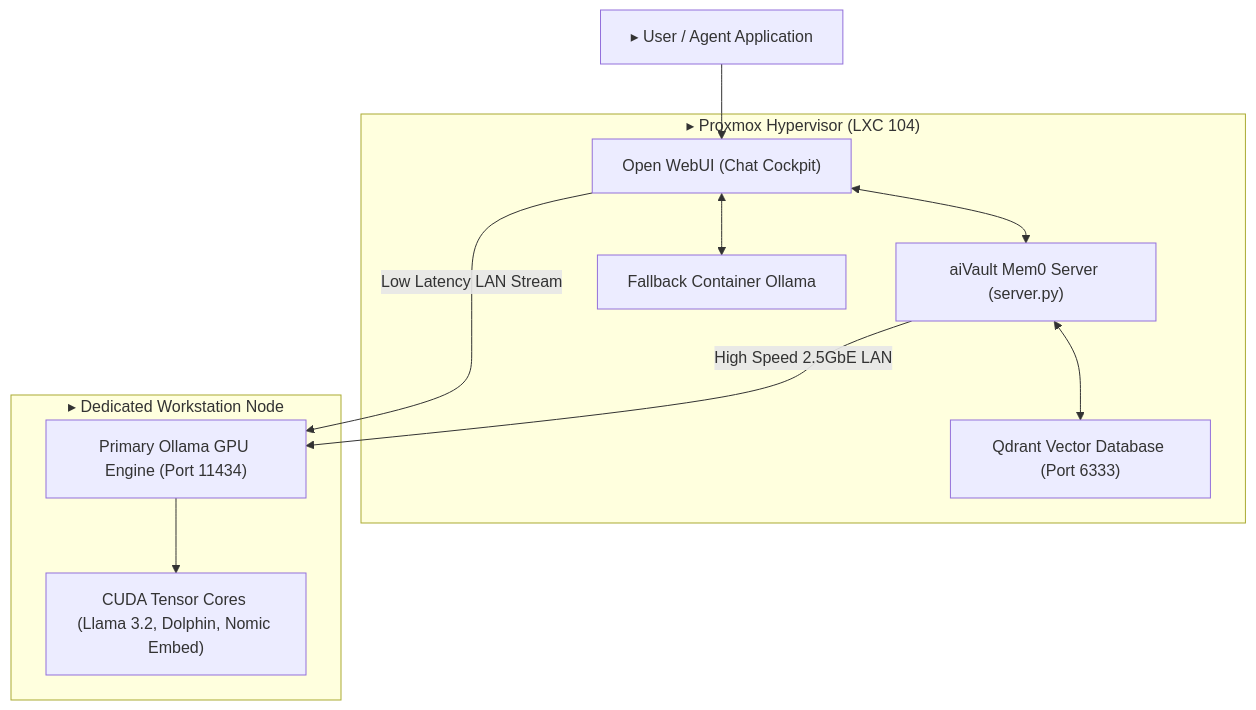
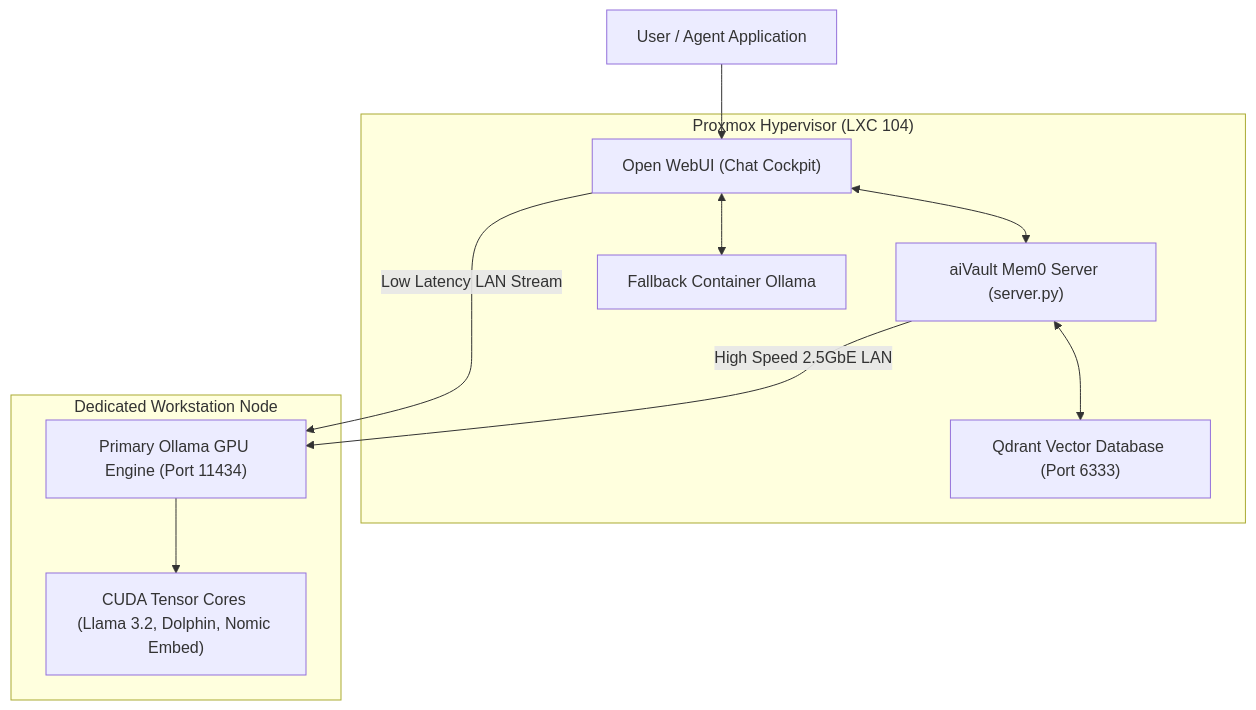
One commit to IAndrexI/documentation changed the diagram in docs/apps/aivault/index.md. Above: the diagram before and after it, drawn with Mermaid. The commit also changed other lines of this file and 39 other files, not shown here.

````diff
--- a/docs/apps/aivault/index.md
+++ b/docs/apps/aivault/index.md
@@ -7,16 +7,16 @@
 ```mermaid
 graph TD
-    User["▸ User / Agent Application"] --> WebUI["Open WebUI (Chat Cockpit)"]
+    User["User / Agent Application"] --> WebUI["Open WebUI (Chat Cockpit)"]
     
-    subgraph ProxmoxCluster["▸ Proxmox Hypervisor (LXC 104)"]
+    subgraph ProxmoxCluster["Proxmox Hypervisor (LXC 104)"]
         WebUI <--> Mem0Service["aiVault Mem0 Server (server.py)"]
         Mem0Service <--> QdrantDB["Qdrant Vector Database (Port 6333)"]
         WebUI <--> LocalOllama["Fallback Container Ollama"]
     end
 
-    subgraph HardwareNode["▸ Dedicated Workstation Node"]
+    subgraph HardwareNode["Dedicated Workstation Node"]
         Mem0Service -->|High Speed 2.5GbE LAN| WorkstationGPU["Primary Ollama GPU Engine (Port 11434)"]
         WebUI -->|Low Latency LAN Stream| WorkstationGPU
         WorkstationGPU --> CUDA["CUDA Tensor Cores (Llama 3.2, Dolphin, Nomic Embed)"]
     end
 ```
````
